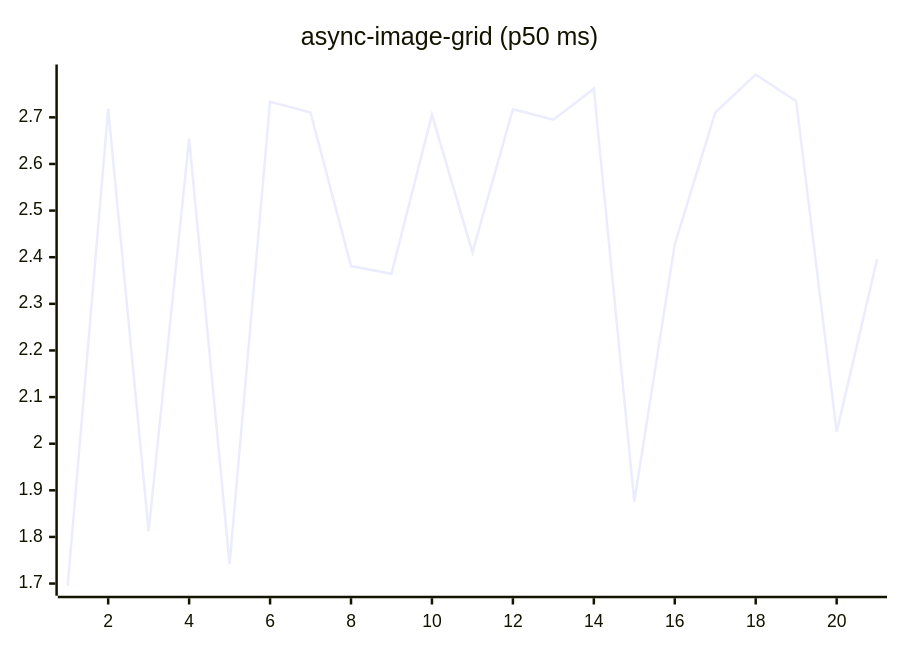
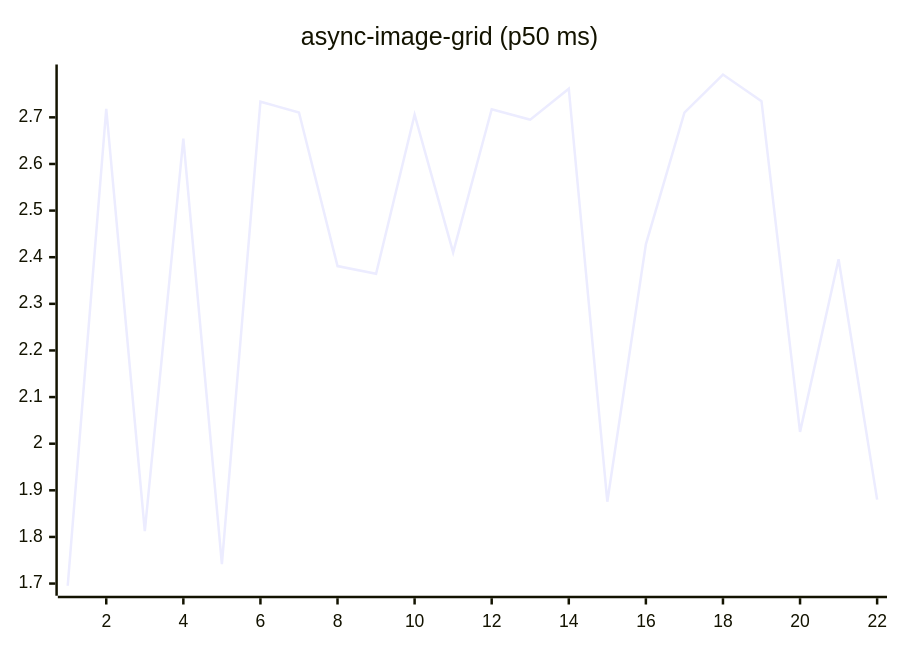
One commit to josha/Facet changed the fifth of 27 diagrams in README.md. Above: the diagram before and after it, drawn with Mermaid. The commit also changed other lines of this file and 2 other files, not shown here.

````diff
--- a/README.md
+++ b/README.md
@@ -91,6 +91,6 @@
 ```mermaid
 xychart-beta
     title "async-image-grid (p50 ms)"
-    x-axis 1 --> 21
-    line [1.6953, 2.7184, 1.8124, 2.6543, 1.7415, 2.7336, 2.7103, 2.3810, 2.3646, 2.7059, 2.4103, 2.7175, 2.6949, 2.7614, 1.8756, 2.4277, 2.7103, 2.7919, 2.7346, 2.0254, 2.3955]
+    x-axis 1 --> 22
+    line [1.6953, 2.7184, 1.8124, 2.6543, 1.7415, 2.7336, 2.7103, 2.3810, 2.3646, 2.7059, 2.4103, 2.7175, 2.6949, 2.7614, 1.8756, 2.4277, 2.7103, 2.7919, 2.7346, 2.0254, 2.3955, 1.8801]
 ```
````
